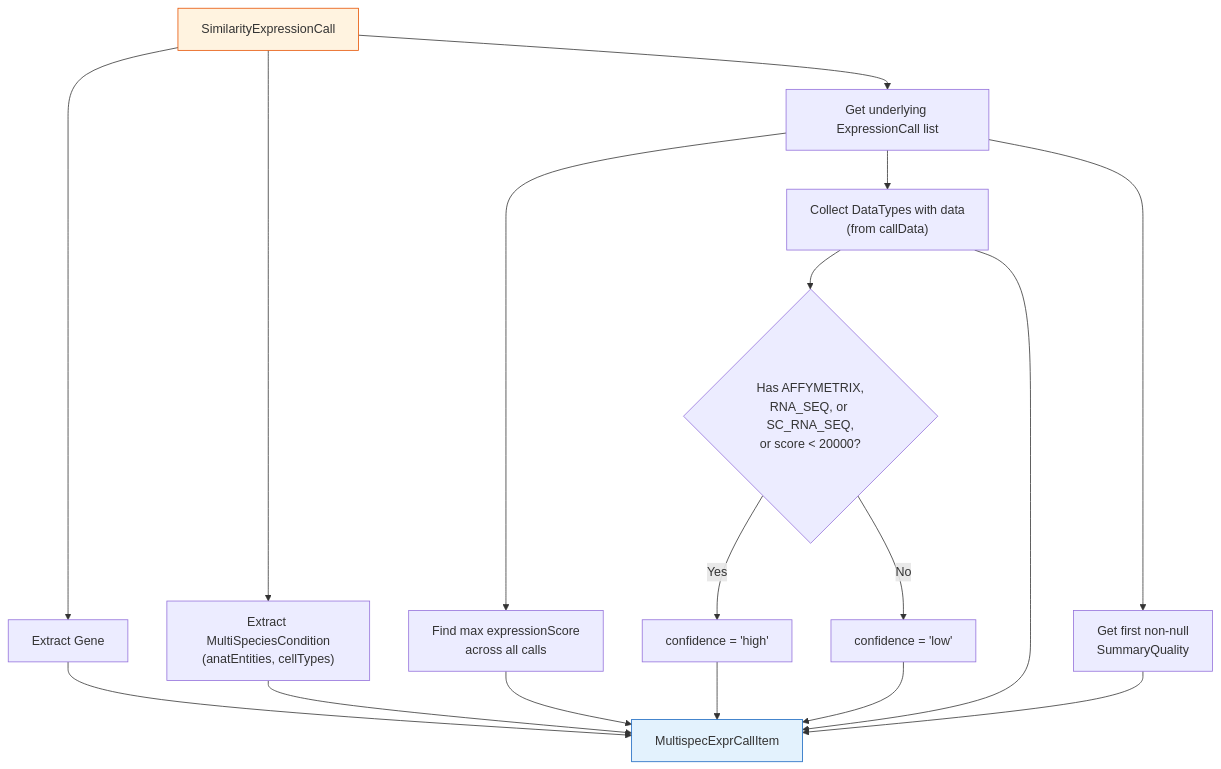
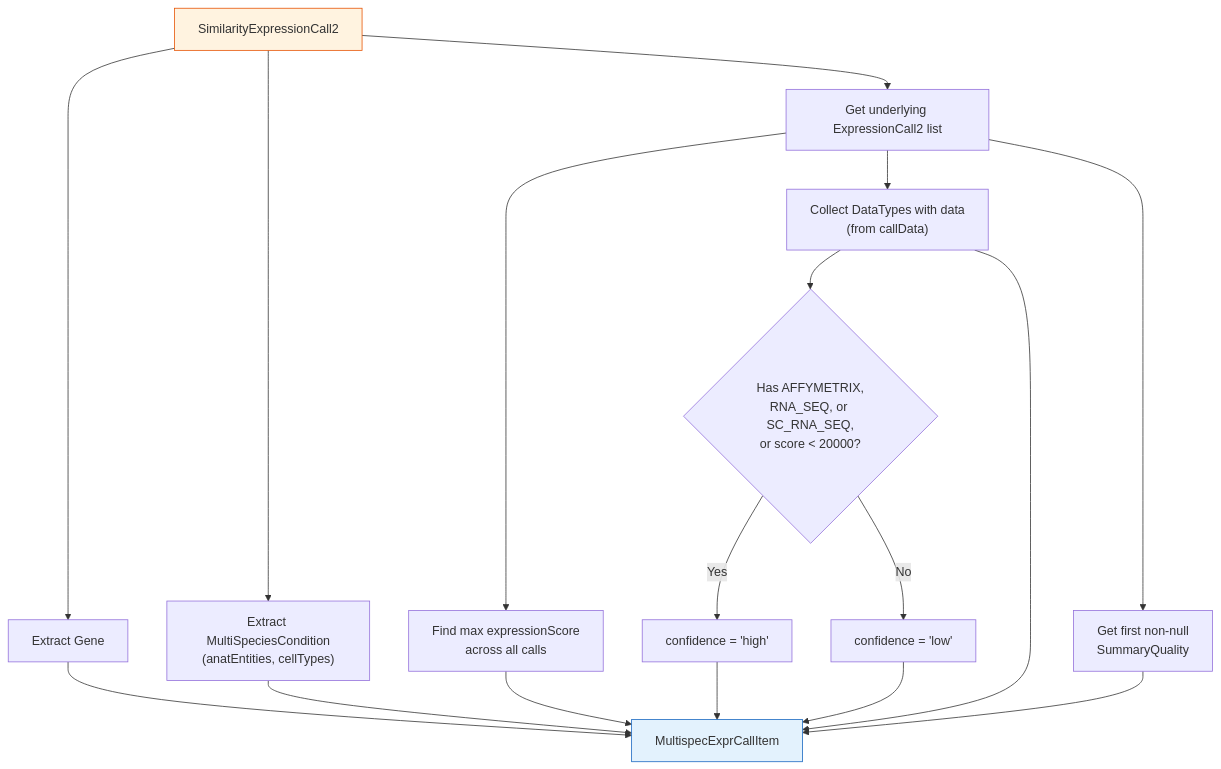
One commit to BgeeDB/bgee_apps changed the fourth of 4 diagrams in bgee-webapp/docs/multispec_expr_calls_endpoint.qmd. Above: the diagram before and after it, drawn with Mermaid. The commit also changed other lines of this file and 1 other file, not shown here.

````diff
--- a/bgee-webapp/docs/multispec_expr_calls_endpoint.qmd
+++ b/bgee-webapp/docs/multispec_expr_calls_endpoint.qmd
@@ -303,26 +306,26 @@
 ```{mermaid}
 %%| fig-width: 8
 flowchart TD
-    SC["SimilarityExpressionCall"] --> GENE["Extract Gene"]
+    SC["SimilarityExpressionCall2"] --> GENE["Extract Gene"]
     SC --> MSC["Extract MultiSpeciesCondition<br/>(anatEntities, cellTypes)"]
-    SC --> CALLS["Get underlying ExpressionCall list"]
+    SC --> CALLS["Get underlying ExpressionCall2 list"]
 
     CALLS --> SCORE["Find max expressionScore<br/>across all calls"]
     CALLS --> DT["Collect DataTypes with data<br/>(from callData)"]
     CALLS --> QUAL["Get first non-null<br/>SummaryQuality"]
 
     DT --> CONF{"Has AFFYMETRIX,<br/>RNA_SEQ, or SC_RNA_SEQ,<br/>or score < 20000?"}
     CONF -->|Yes| HIGH["confidence = 'high'"]
     CONF -->|No| LOW["confidence = 'low'"]
 
     GENE --> ITEM
     MSC --> ITEM
     SCORE --> ITEM
     HIGH --> ITEM
     LOW --> ITEM
     DT --> ITEM
     QUAL --> ITEM["MultispecExprCallItem"]
 
     style SC fill:#fff3e0,stroke:#e65100
     style ITEM fill:#e3f2fd,stroke:#1565c0
 ```
````
